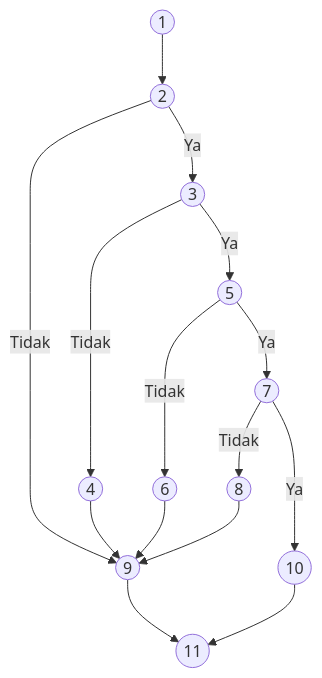
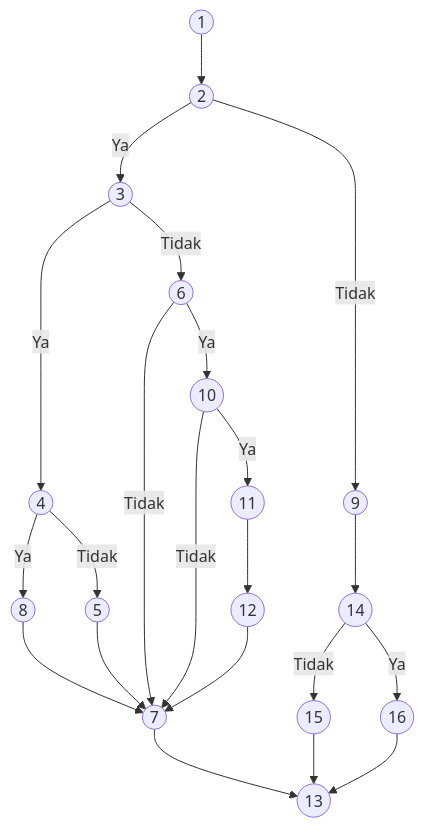
The sixth of 6 diagrams in docs/pengujian_whitebox.md (hafiizh09/-pemesanan_ak), drawn with Mermaid before and after one commit. The commit also changed other lines of this file, not shown here.

````diff
--- a/docs/pengujian_whitebox.md
+++ b/docs/pengujian_whitebox.md
@@ -255,23 +323,27 @@
 ```mermaid
 graph TD
     1((1)) --> 2((2))
     2 -- Tidak --> 9((9))
     2 -- Ya --> 3((3))
 
-    3 -- Tidak --> 4((4))
-    3 -- Ya --> 5((5))
+    3 -- Ya --> 4((4))
+    4 -- Ya --> 8((8))
+    4 -- Tidak --> 5((5))
+    8 --> 7((7))
+    5 --> 7
 
-    4 --> 9
+    3 -- Tidak --> 6((6))
+    6 -- Tidak --> 7
+    6 -- Ya --> 10((10))
+    10 -- Tidak --> 7
+    10 -- Ya --> 11((11))
+    11 --> 12((12))
+    12 --> 7
 
-    5 -- Tidak --> 6((6))
-    5 -- Ya --> 7((7))
-
-    6 --> 9
-
-    7 -- Tidak --> 8((8))
-    7 -- Ya --> 10((10))
-
-    8 --> 9
-    9 --> 11((11))
-    10 --> 11
+    7 --> 13((13))
+    9 --> 14((14))
+    14 -- Tidak --> 15((15))
+    14 -- Ya --> 16((16))
+    15 --> 13
+    16 --> 13
 ```
````
